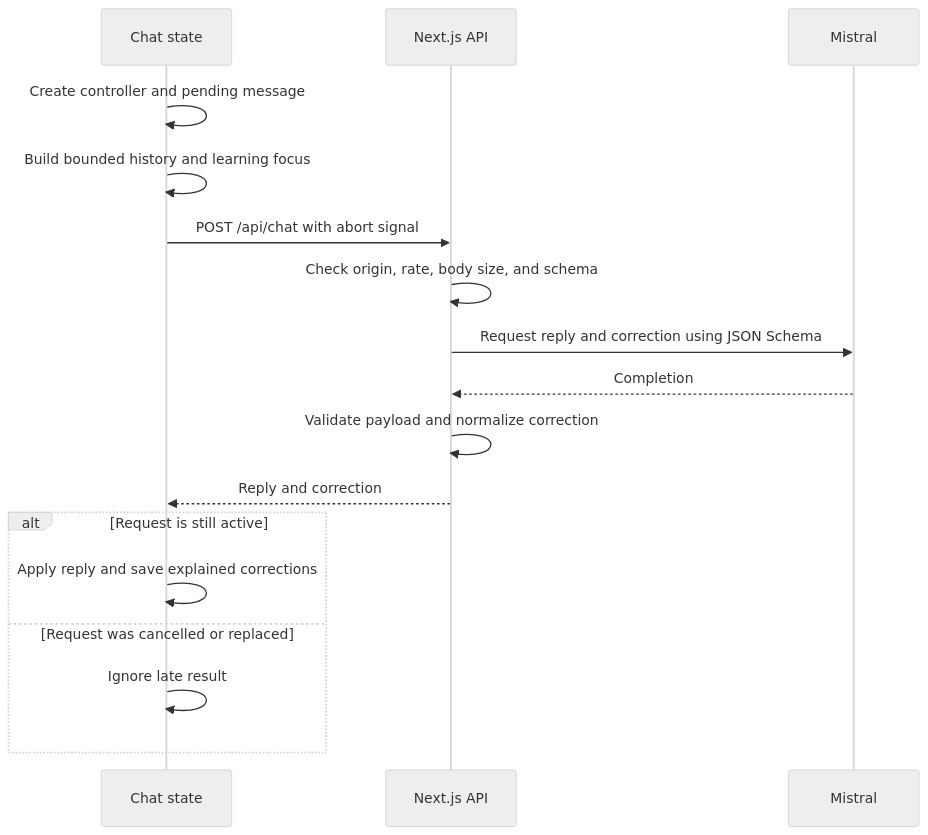
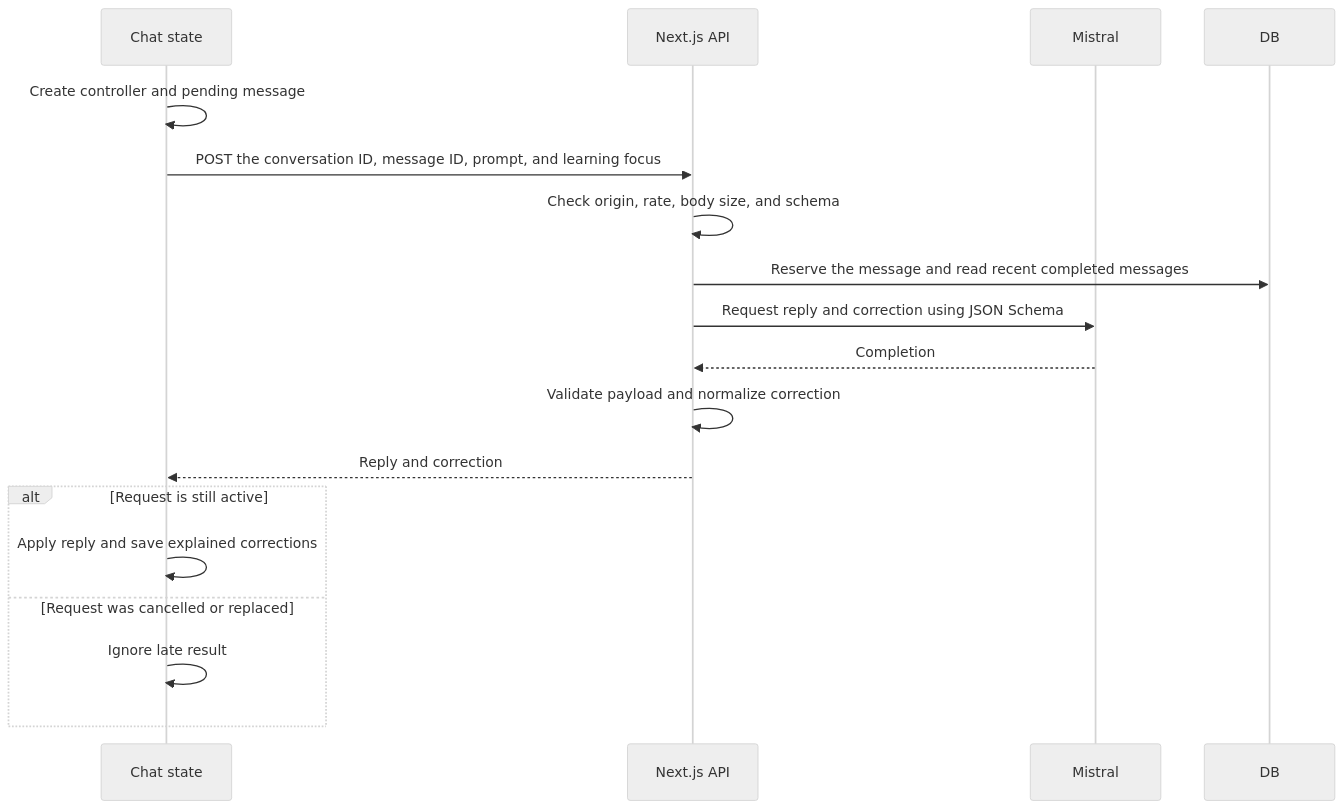
Before and after one commit to Yvesei/LangBot: the second of 6 diagrams in README.md, drawn with Mermaid (neutral theme). The commit also changed other lines of this file and 33 other files, not shown here.

````diff
--- a/README.md
+++ b/README.md
@@ -126,20 +126,20 @@
 ```mermaid
 sequenceDiagram
     participant UI as Chat state
     participant API as Next.js API
     participant AI as Mistral
 
     UI->>UI: Create controller and pending message
-    UI->>UI: Build bounded history and learning focus
-    UI->>API: POST /api/chat with abort signal
+    UI->>API: POST the conversation ID, message ID, prompt, and learning focus
     API->>API: Check origin, rate, body size, and schema
+    API->>DB: Reserve the message and read recent completed messages
     API->>AI: Request reply and correction using JSON Schema
     AI-->>API: Completion
     API->>API: Validate payload and normalize correction
     API-->>UI: Reply and correction
     alt Request is still active
         UI->>UI: Apply reply and save explained corrections
     else Request was cancelled or replaced
         UI->>UI: Ignore late result
     end
 ```
````
